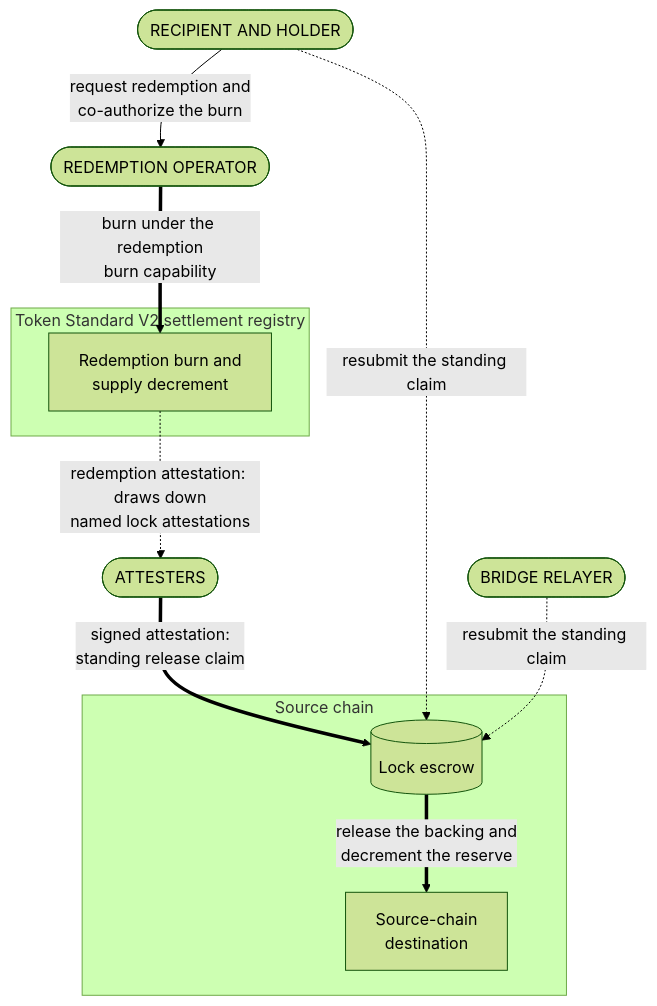
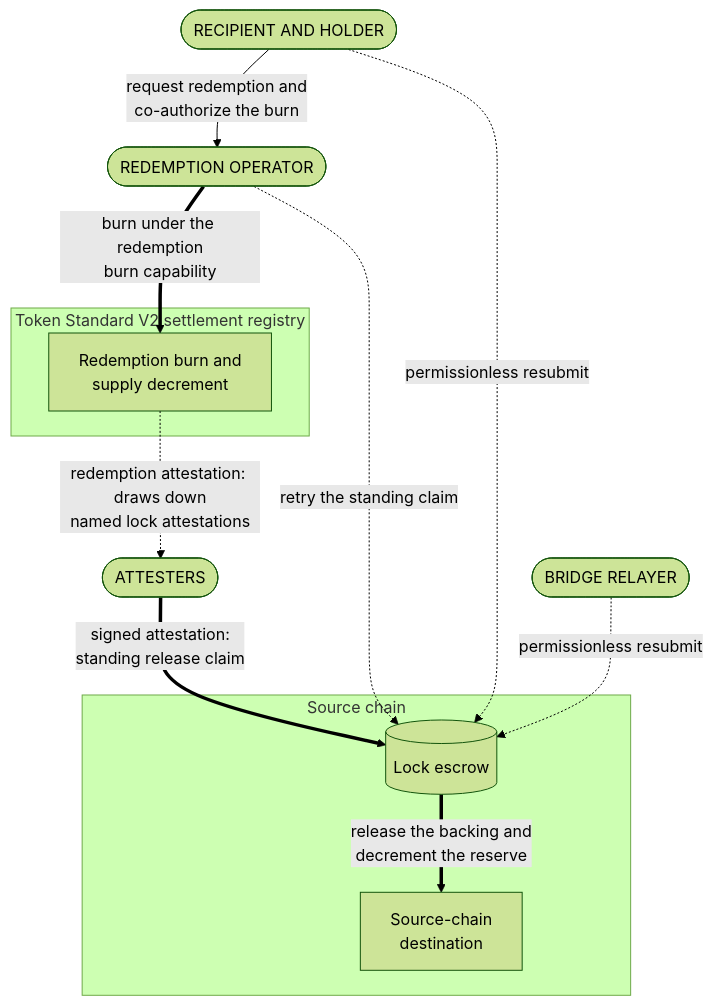
Before and after one commit to OpenZeppelin/canton-specs: the second of 4 diagrams in docs/reference-architectures/cross-chain-stablecoin.md, drawn with Mermaid (forest theme). The commit also changed other lines of this file, not shown here.

Commit message:
Name the redemption operator as the owner of the standing-claim retry.
Section 3.3 granted the resubmission permission to the holder or any relayer and
named nobody responsible for exercising it, while the open-questions table lists
the redemption operator's runbook and service level as blocked on the
resubmission protocol. The operator now owns the retry, the claim stays
permissionless, and the outbound graph separates the two.

````diff
--- a/docs/reference-architectures/cross-chain-stablecoin.md
+++ b/docs/reference-architectures/cross-chain-stablecoin.md
@@ -139,24 +139,25 @@
 ```mermaid
 flowchart TB
     Holder([RECIPIENT AND HOLDER])
     Operator([REDEMPTION OPERATOR])
     Attesters([ATTESTERS])
     Relayer([BRIDGE RELAYER])
 
     subgraph Assets["Token Standard V2 settlement registry"]
         Burn["Redemption burn and<br/>supply decrement"]
     end
 
     subgraph Source["Source chain"]
         Escrow[("Lock escrow")]
         Destination["Source-chain<br/>destination"]
     end
 
     Holder -->|"request redemption and<br/>co-authorize the burn"| Operator
     Operator ==>|"burn under the redemption<br/>burn capability"| Burn
     Burn -.->|"redemption attestation: draws down<br/>named lock attestations"| Attesters
     Attesters ==>|"signed attestation:<br/>standing release claim"| Escrow
-    Holder -.->|"resubmit the standing claim"| Escrow
-    Relayer -.->|"resubmit the standing claim"| Escrow
+    Operator -.->|"retry the standing claim"| Escrow
+    Holder -.->|"permissionless resubmit"| Escrow
+    Relayer -.->|"permissionless resubmit"| Escrow
     Escrow ==>|"release the backing and<br/>decrement the reserve"| Destination
 ```
````
